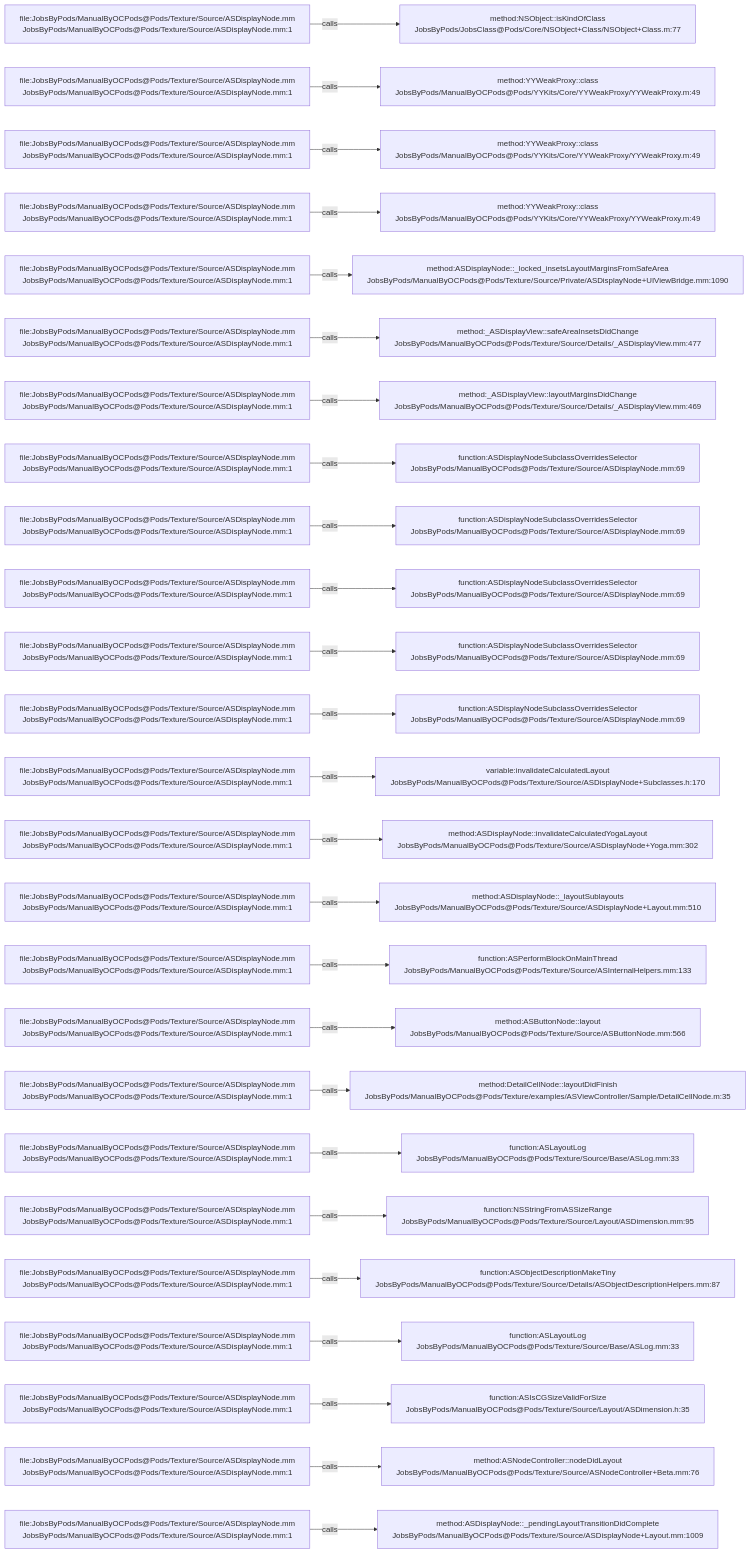
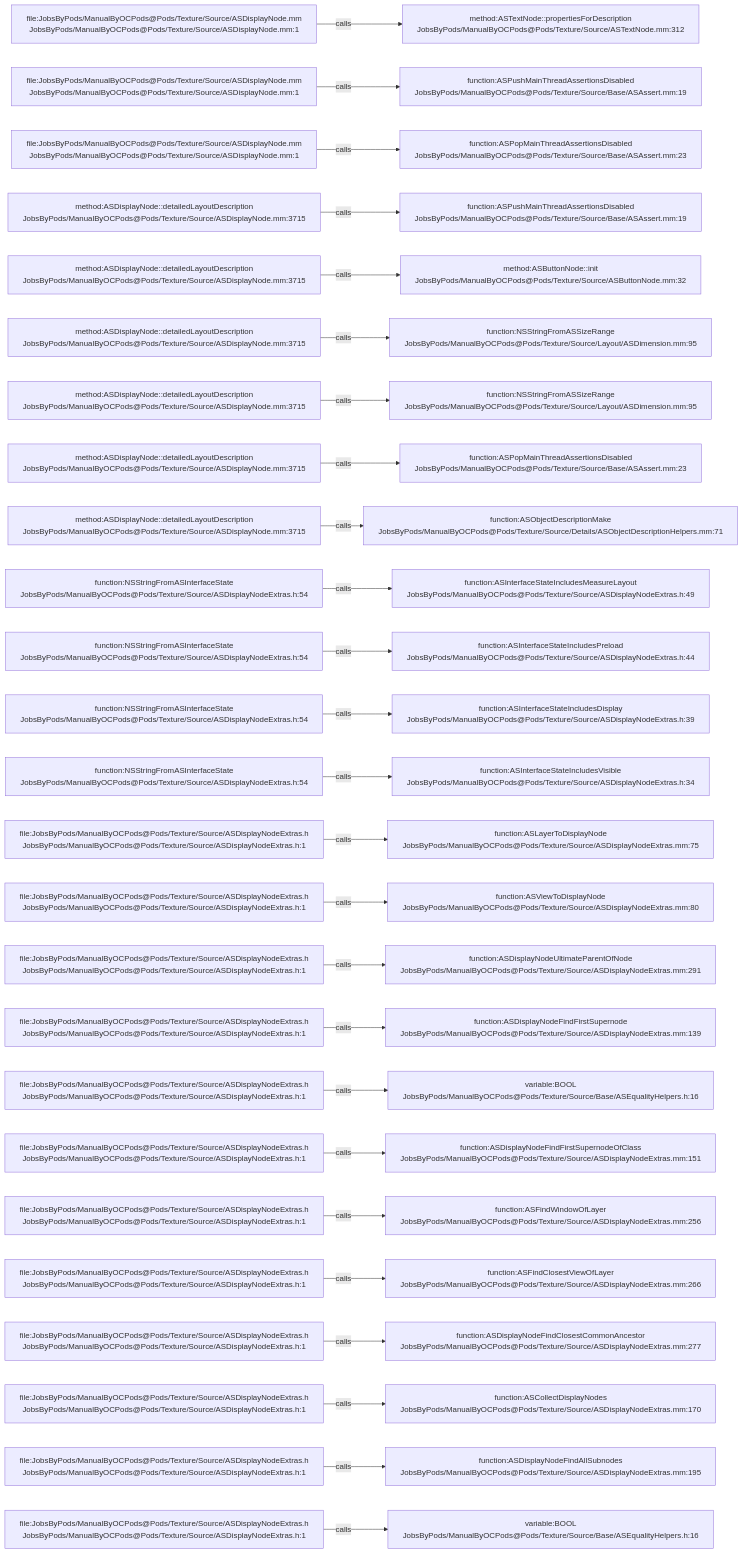
The diagram in .codegraph/codegraph.md/graphs/calls-090.md (JobsKits/JobsOCBaseConfigDemo), drawn with Mermaid before and after one commit. The commit also changed 2723 other files, not shown here.

````diff
--- a/.codegraph/codegraph.md/graphs/calls-090.md
+++ b/.codegraph/codegraph.md/graphs/calls-090.md
@@ -13,78 +13,78 @@
 ```mermaid
 flowchart LR
   S1["file:JobsByPods/ManualByOCPods@Pods/Texture/Source/ASDisplayNode.mm<br/>JobsByPods/ManualByOCPods@Pods/Texture/Source/ASDisplayNode.mm:1"]
-  T1["method:NSObject::isKindOfClass<br/>JobsByPods/JobsClass@Pods/Core/NSObject+Class/NSObject+Class.m:77"]
+  T1["method:ASTextNode::propertiesForDescription<br/>JobsByPods/ManualByOCPods@Pods/Texture/Source/ASTextNode.mm:312"]
   S1 -->|calls| T1
   S2["file:JobsByPods/ManualByOCPods@Pods/Texture/Source/ASDisplayNode.mm<br/>JobsByPods/ManualByOCPods@Pods/Texture/Source/ASDisplayNode.mm:1"]
-  T2["method:YYWeakProxy::class<br/>JobsByPods/ManualByOCPods@Pods/YYKits/Core/YYWeakProxy/YYWeakProxy.m:49"]
+  T2["function:ASPushMainThreadAssertionsDisabled<br/>JobsByPods/ManualByOCPods@Pods/Texture/Source/Base/ASAssert.mm:19"]
   S2 -->|calls| T2
   S3["file:JobsByPods/ManualByOCPods@Pods/Texture/Source/ASDisplayNode.mm<br/>JobsByPods/ManualByOCPods@Pods/Texture/Source/ASDisplayNode.mm:1"]
-  T3["method:YYWeakProxy::class<br/>JobsByPods/ManualByOCPods@Pods/YYKits/Core/YYWeakProxy/YYWeakProxy.m:49"]
+  T3["function:ASPopMainThreadAssertionsDisabled<br/>JobsByPods/ManualByOCPods@Pods/Texture/Source/Base/ASAssert.mm:23"]
   S3 -->|calls| T3
-  S4["file:JobsByPods/ManualByOCPods@Pods/Texture/Source/ASDisplayNode.mm<br/>JobsByPods/ManualByOCPods@Pods/Texture/Source/ASDisplayNode.mm:1"]
-  T4["method:YYWeakProxy::class<br/>JobsByPods/ManualByOCPods@Pods/YYKits/Core/YYWeakProxy/YYWeakProxy.m:49"]
+  S4["method:ASDisplayNode::detailedLayoutDescription<br/>JobsByPods/ManualByOCPods@Pods/Texture/Source/ASDisplayNode.mm:3715"]
+  T4["function:ASPushMainThreadAssertionsDisabled<br/>JobsByPods/ManualByOCPods@Pods/Texture/Source/Base/ASAssert.mm:19"]
   S4 -->|calls| T4
-  S5["file:JobsByPods/ManualByOCPods@Pods/Texture/Source/ASDisplayNode.mm<br/>JobsByPods/ManualByOCPods@Pods/Texture/Source/ASDisplayNode.mm:1"]
-  T5["method:ASDisplayNode::_locked_insetsLayoutMarginsFromSafeArea<br/>JobsByPods/ManualByOCPods@Pods/Texture/Source/Private/ASDisplayNode+UIViewBridge.mm:1090"]
+  S5["method:ASDisplayNode::detailedLayoutDescription<br/>JobsByPods/ManualByOCPods@Pods/Texture/Source/ASDisplayNode.mm:3715"]
+  T5["method:ASButtonNode::init<br/>JobsByPods/ManualByOCPods@Pods/Texture/Source/ASButtonNode.mm:32"]
   S5 -->|calls| T5
-  S6["file:JobsByPods/ManualByOCPods@Pods/Texture/Source/ASDisplayNode.mm<br/>JobsByPods/ManualByOCPods@Pods/Texture/Source/ASDisplayNode.mm:1"]
-  T6["method:_ASDisplayView::safeAreaInsetsDidChange<br/>JobsByPods/ManualByOCPods@Pods/Texture/Source/Details/_ASDisplayView.mm:477"]
+  S6["method:ASDisplayNode::detailedLayoutDescription<br/>JobsByPods/ManualByOCPods@Pods/Texture/Source/ASDisplayNode.mm:3715"]
+  T6["function:NSStringFromASSizeRange<br/>JobsByPods/ManualByOCPods@Pods/Texture/Source/Layout/ASDimension.mm:95"]
   S6 -->|calls| T6
-  S7["file:JobsByPods/ManualByOCPods@Pods/Texture/Source/ASDisplayNode.mm<br/>JobsByPods/ManualByOCPods@Pods/Texture/Source/ASDisplayNode.mm:1"]
-  T7["method:_ASDisplayView::layoutMarginsDidChange<br/>JobsByPods/ManualByOCPods@Pods/Texture/Source/Details/_ASDisplayView.mm:469"]
+  S7["method:ASDisplayNode::detailedLayoutDescription<br/>JobsByPods/ManualByOCPods@Pods/Texture/Source/ASDisplayNode.mm:3715"]
+  T7["function:NSStringFromASSizeRange<br/>JobsByPods/ManualByOCPods@Pods/Texture/Source/Layout/ASDimension.mm:95"]
   S7 -->|calls| T7
-  S8["file:JobsByPods/ManualByOCPods@Pods/Texture/Source/ASDisplayNode.mm<br/>JobsByPods/ManualByOCPods@Pods/Texture/Source/ASDisplayNode.mm:1"]
-  T8["function:ASDisplayNodeSubclassOverridesSelector<br/>JobsByPods/ManualByOCPods@Pods/Texture/Source/ASDisplayNode.mm:69"]
+  S8["method:ASDisplayNode::detailedLayoutDescription<br/>JobsByPods/ManualByOCPods@Pods/Texture/Source/ASDisplayNode.mm:3715"]
+  T8["function:ASPopMainThreadAssertionsDisabled<br/>JobsByPods/ManualByOCPods@Pods/Texture/Source/Base/ASAssert.mm:23"]
   S8 -->|calls| T8
-  S9["file:JobsByPods/ManualByOCPods@Pods/Texture/Source/ASDisplayNode.mm<br/>JobsByPods/ManualByOCPods@Pods/Texture/Source/ASDisplayNode.mm:1"]
-  T9["function:ASDisplayNodeSubclassOverridesSelector<br/>JobsByPods/ManualByOCPods@Pods/Texture/Source/ASDisplayNode.mm:69"]
+  S9["method:ASDisplayNode::detailedLayoutDescription<br/>JobsByPods/ManualByOCPods@Pods/Texture/Source/ASDisplayNode.mm:3715"]
+  T9["function:ASObjectDescriptionMake<br/>JobsByPods/ManualByOCPods@Pods/Texture/Source/Details/ASObjectDescriptionHelpers.mm:71"]
   S9 -->|calls| T9
-  S10["file:JobsByPods/ManualByOCPods@Pods/Texture/Source/ASDisplayNode.mm<br/>JobsByPods/ManualByOCPods@Pods/Texture/Source/ASDisplayNode.mm:1"]
-  T10["function:ASDisplayNodeSubclassOverridesSelector<br/>JobsByPods/ManualByOCPods@Pods/Texture/Source/ASDisplayNode.mm:69"]
+  S10["function:NSStringFromASInterfaceState<br/>JobsByPods/ManualByOCPods@Pods/Texture/Source/ASDisplayNodeExtras.h:54"]
+  T10["function:ASInterfaceStateIncludesMeasureLayout<br/>JobsByPods/ManualByOCPods@Pods/Texture/Source/ASDisplayNodeExtras.h:49"]
   S10 -->|calls| T10
-  S11["file:JobsByPods/ManualByOCPods@Pods/Texture/Source/ASDisplayNode.mm<br/>JobsByPods/ManualByOCPods@Pods/Texture/Source/ASDisplayNode.mm:1"]
-  T11["function:ASDisplayNodeSubclassOverridesSelector<br/>JobsByPods/ManualByOCPods@Pods/Texture/Source/ASDisplayNode.mm:69"]
+  S11["function:NSStringFromASInterfaceState<br/>JobsByPods/ManualByOCPods@Pods/Texture/Source/ASDisplayNodeExtras.h:54"]
+  T11["function:ASInterfaceStateIncludesPreload<br/>JobsByPods/ManualByOCPods@Pods/Texture/Source/ASDisplayNodeExtras.h:44"]
   S11 -->|calls| T11
-  S12["file:JobsByPods/ManualByOCPods@Pods/Texture/Source/ASDisplayNode.mm<br/>JobsByPods/ManualByOCPods@Pods/Texture/Source/ASDisplayNode.mm:1"]
-  T12["function:ASDisplayNodeSubclassOverridesSelector<br/>JobsByPods/ManualByOCPods@Pods/Texture/Source/ASDisplayNode.mm:69"]
+  S12["function:NSStringFromASInterfaceState<br/>JobsByPods/ManualByOCPods@Pods/Texture/Source/ASDisplayNodeExtras.h:54"]
+  T12["function:ASInterfaceStateIncludesDisplay<br/>JobsByPods/ManualByOCPods@Pods/Texture/Source/ASDisplayNodeExtras.h:39"]
   S12 -->|calls| T12
-  S13["file:JobsByPods/ManualByOCPods@Pods/Texture/Source/ASDisplayNode.mm<br/>JobsByPods/ManualByOCPods@Pods/Texture/Source/ASDisplayNode.mm:1"]
-  T13["variable:invalidateCalculatedLayout<br/>JobsByPods/ManualByOCPods@Pods/Texture/Source/ASDisplayNode+Subclasses.h:170"]
+  S13["function:NSStringFromASInterfaceState<br/>JobsByPods/ManualByOCPods@Pods/Texture/Source/ASDisplayNodeExtras.h:54"]
+  T13["function:ASInterfaceStateIncludesVisible<br/>JobsByPods/ManualByOCPods@Pods/Texture/Source/ASDisplayNodeExtras.h:34"]
   S13 -->|calls| T13
-  S14["file:JobsByPods/ManualByOCPods@Pods/Texture/Source/ASDisplayNode.mm<br/>JobsByPods/ManualByOCPods@Pods/Texture/Source/ASDisplayNode.mm:1"]
-  T14["method:ASDisplayNode::invalidateCalculatedYogaLayout<br/>JobsByPods/ManualByOCPods@Pods/Texture/Source/ASDisplayNode+Yoga.mm:302"]
+  S14["file:JobsByPods/ManualByOCPods@Pods/Texture/Source/ASDisplayNodeExtras.h<br/>JobsByPods/ManualByOCPods@Pods/Texture/Source/ASDisplayNodeExtras.h:1"]
+  T14["function:ASLayerToDisplayNode<br/>JobsByPods/ManualByOCPods@Pods/Texture/Source/ASDisplayNodeExtras.mm:75"]
   S14 -->|calls| T14
-  S15["file:JobsByPods/ManualByOCPods@Pods/Texture/Source/ASDisplayNode.mm<br/>JobsByPods/ManualByOCPods@Pods/Texture/Source/ASDisplayNode.mm:1"]
-  T15["method:ASDisplayNode::_layoutSublayouts<br/>JobsByPods/ManualByOCPods@Pods/Texture/Source/ASDisplayNode+Layout.mm:510"]
+  S15["file:JobsByPods/ManualByOCPods@Pods/Texture/Source/ASDisplayNodeExtras.h<br/>JobsByPods/ManualByOCPods@Pods/Texture/Source/ASDisplayNodeExtras.h:1"]
+  T15["function:ASViewToDisplayNode<br/>JobsByPods/ManualByOCPods@Pods/Texture/Source/ASDisplayNodeExtras.mm:80"]
   S15 -->|calls| T15
-  S16["file:JobsByPods/ManualByOCPods@Pods/Texture/Source/ASDisplayNode.mm<br/>JobsByPods/ManualByOCPods@Pods/Texture/Source/ASDisplayNode.mm:1"]
-  T16["function:ASPerformBlockOnMainThread<br/>JobsByPods/ManualByOCPods@Pods/Texture/Source/ASInternalHelpers.mm:133"]
+  S16["file:JobsByPods/ManualByOCPods@Pods/Texture/Source/ASDisplayNodeExtras.h<br/>JobsByPods/ManualByOCPods@Pods/Texture/Source/ASDisplayNodeExtras.h:1"]
+  T16["function:ASDisplayNodeUltimateParentOfNode<br/>JobsByPods/ManualByOCPods@Pods/Texture/Source/ASDisplayNodeExtras.mm:291"]
   S16 -->|calls| T16
-  S17["file:JobsByPods/ManualByOCPods@Pods/Texture/Source/ASDisplayNode.mm<br/>JobsByPods/ManualByOCPods@Pods/Texture/Source/ASDisplayNode.mm:1"]
-  T17["method:ASButtonNode::layout<br/>JobsByPods/ManualByOCPods@Pods/Texture/Source/ASButtonNode.mm:566"]
+  S17["file:JobsByPods/ManualByOCPods@Pods/Texture/Source/ASDisplayNodeExtras.h<br/>JobsByPods/ManualByOCPods@Pods/Texture/Source/ASDisplayNodeExtras.h:1"]
+  T17["function:ASDisplayNodeFindFirstSupernode<br/>JobsByPods/ManualByOCPods@Pods/Texture/Source/ASDisplayNodeExtras.mm:139"]
   S17 -->|calls| T17
-  S18["file:JobsByPods/ManualByOCPods@Pods/Texture/Source/ASDisplayNode.mm<br/>JobsByPods/ManualByOCPods@Pods/Texture/Source/ASDisplayNode.mm:1"]
-  T18["method:DetailCellNode::layoutDidFinish<br/>JobsByPods/ManualByOCPods@Pods/Texture/examples/ASViewController/Sample/DetailCellNode.m:35"]
+  S18["file:JobsByPods/ManualByOCPods@Pods/Texture/Source/ASDisplayNodeExtras.h<br/>JobsByPods/ManualByOCPods@Pods/Texture/Source/ASDisplayNodeExtras.h:1"]
+  T18["variable:BOOL<br/>JobsByPods/ManualByOCPods@Pods/Texture/Source/Base/ASEqualityHelpers.h:16"]
   S18 -->|calls| T18
-  S19["file:JobsByPods/ManualByOCPods@Pods/Texture/Source/ASDisplayNode.mm<br/>JobsByPods/ManualByOCPods@Pods/Texture/Source/ASDisplayNode.mm:1"]
-  T19["function:ASLayoutLog<br/>JobsByPods/ManualByOCPods@Pods/Texture/Source/Base/ASLog.mm:33"]
+  S19["file:JobsByPods/ManualByOCPods@Pods/Texture/Source/ASDisplayNodeExtras.h<br/>JobsByPods/ManualByOCPods@Pods/Texture/Source/ASDisplayNodeExtras.h:1"]
+  T19["function:ASDisplayNodeFindFirstSupernodeOfClass<br/>JobsByPods/ManualByOCPods@Pods/Texture/Source/ASDisplayNodeExtras.mm:151"]
   S19 -->|calls| T19
-  S20["file:JobsByPods/ManualByOCPods@Pods/Texture/Source/ASDisplayNode.mm<br/>JobsByPods/ManualByOCPods@Pods/Texture/Source/ASDisplayNode.mm:1"]
-  T20["function:NSStringFromASSizeRange<br/>JobsByPods/ManualByOCPods@Pods/Texture/Source/Layout/ASDimension.mm:95"]
+  S20["file:JobsByPods/ManualByOCPods@Pods/Texture/Source/ASDisplayNodeExtras.h<br/>JobsByPods/ManualByOCPods@Pods/Texture/Source/ASDisplayNodeExtras.h:1"]
+  T20["function:ASFindWindowOfLayer<br/>JobsByPods/ManualByOCPods@Pods/Texture/Source/ASDisplayNodeExtras.mm:256"]
   S20 -->|calls| T20
-  S21["file:JobsByPods/ManualByOCPods@Pods/Texture/Source/ASDisplayNode.mm<br/>JobsByPods/ManualByOCPods@Pods/Texture/Source/ASDisplayNode.mm:1"]
-  T21["function:ASObjectDescriptionMakeTiny<br/>JobsByPods/ManualByOCPods@Pods/Texture/Source/Details/ASObjectDescriptionHelpers.mm:87"]
+  S21["file:JobsByPods/ManualByOCPods@Pods/Texture/Source/ASDisplayNodeExtras.h<br/>JobsByPods/ManualByOCPods@Pods/Texture/Source/ASDisplayNodeExtras.h:1"]
+  T21["function:ASFindClosestViewOfLayer<br/>JobsByPods/ManualByOCPods@Pods/Texture/Source/ASDisplayNodeExtras.mm:266"]
   S21 -->|calls| T21
-  S22["file:JobsByPods/ManualByOCPods@Pods/Texture/Source/ASDisplayNode.mm<br/>JobsByPods/ManualByOCPods@Pods/Texture/Source/ASDisplayNode.mm:1"]
-  T22["function:ASLayoutLog<br/>JobsByPods/ManualByOCPods@Pods/Texture/Source/Base/ASLog.mm:33"]
+  S22["file:JobsByPods/ManualByOCPods@Pods/Texture/Source/ASDisplayNodeExtras.h<br/>JobsByPods/ManualByOCPods@Pods/Texture/Source/ASDisplayNodeExtras.h:1"]
+  T22["function:ASDisplayNodeFindClosestCommonAncestor<br/>JobsByPods/ManualByOCPods@Pods/Texture/Source/ASDisplayNodeExtras.mm:277"]
   S22 -->|calls| T22
-  S23["file:JobsByPods/ManualByOCPods@Pods/Texture/Source/ASDisplayNode.mm<br/>JobsByPods/ManualByOCPods@Pods/Texture/Source/ASDisplayNode.mm:1"]
-  T23["function:ASIsCGSizeValidForSize<br/>JobsByPods/ManualByOCPods@Pods/Texture/Source/Layout/ASDimension.h:35"]
+  S23["file:JobsByPods/ManualByOCPods@Pods/Texture/Source/ASDisplayNodeExtras.h<br/>JobsByPods/ManualByOCPods@Pods/Texture/Source/ASDisplayNodeExtras.h:1"]
+  T23["function:ASCollectDisplayNodes<br/>JobsByPods/ManualByOCPods@Pods/Texture/Source/ASDisplayNodeExtras.mm:170"]
   S23 -->|calls| T23
-  S24["file:JobsByPods/ManualByOCPods@Pods/Texture/Source/ASDisplayNode.mm<br/>JobsByPods/ManualByOCPods@Pods/Texture/Source/ASDisplayNode.mm:1"]
-  T24["method:ASNodeController::nodeDidLayout<br/>JobsByPods/ManualByOCPods@Pods/Texture/Source/ASNodeController+Beta.mm:76"]
+  S24["file:JobsByPods/ManualByOCPods@Pods/Texture/Source/ASDisplayNodeExtras.h<br/>JobsByPods/ManualByOCPods@Pods/Texture/Source/ASDisplayNodeExtras.h:1"]
+  T24["function:ASDisplayNodeFindAllSubnodes<br/>JobsByPods/ManualByOCPods@Pods/Texture/Source/ASDisplayNodeExtras.mm:195"]
   S24 -->|calls| T24
-  S25["file:JobsByPods/ManualByOCPods@Pods/Texture/Source/ASDisplayNode.mm<br/>JobsByPods/ManualByOCPods@Pods/Texture/Source/ASDisplayNode.mm:1"]
-  T25["method:ASDisplayNode::_pendingLayoutTransitionDidComplete<br/>JobsByPods/ManualByOCPods@Pods/Texture/Source/ASDisplayNode+Layout.mm:1009"]
+  S25["file:JobsByPods/ManualByOCPods@Pods/Texture/Source/ASDisplayNodeExtras.h<br/>JobsByPods/ManualByOCPods@Pods/Texture/Source/ASDisplayNodeExtras.h:1"]
+  T25["variable:BOOL<br/>JobsByPods/ManualByOCPods@Pods/Texture/Source/Base/ASEqualityHelpers.h:16"]
   S25 -->|calls| T25
 ```
````
